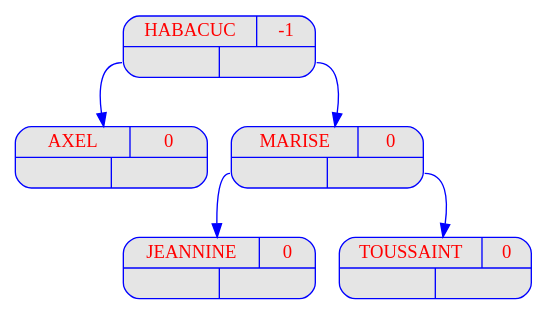
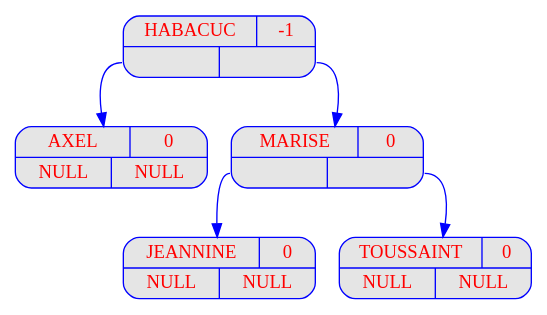
One commit to benech17/AVL-trees changed the diagram in programme1/output/dot/_v04.dot. Above: the diagram before and after it, drawn with Graphviz. The commit also changed 22 other files, not shown here.

```diff
--- a/programme1/output/dot/_v04.dot
+++ b/programme1/output/dot/_v04.dot
@@ -1,53 +1,53 @@
 digraph  {
 	node [
 		fontname  = "Arial bold" 
 		fontsize  = "14"
 		fontcolor = "red"
 		style     = "rounded, filled"
 		shape     = "record"
 		fillcolor = "grey90"
 		color     = "blue"
 		width     = "2"
 	]
 
 	edge [
 		color     = "blue"
 	]
 
-	"HABACUC
-" [label = "{{<c> HABACUC
- | <b> -1} | { <g> | <d>}}"];
-	"HABACUC
-":g -> "AXEL
-";
-	"AXEL
-" [label = "{{<c> AXEL
- | <b> 0} | { <g> | <d>}}"];
-	"AXEL
-" [label = "{{<c> AXEL
- | <b> 0} | { <g> | <d>}}"];
-	"HABACUC
-":d -> "MARISE
-";
-	"MARISE
-" [label = "{{<c> MARISE
- | <b> 0} | { <g> | <d>}}"];
-	"MARISE
-":g -> "JEANNINE
-";
-	"JEANNINE
-" [label = "{{<c> JEANNINE
- | <b> 0} | { <g> | <d>}}"];
-	"JEANNINE
-" [label = "{{<c> JEANNINE
- | <b> 0} | { <g> | <d>}}"];
-	"MARISE
-":d -> "TOUSSAINT
-";
-	"TOUSSAINT
-" [label = "{{<c> TOUSSAINT
- | <b> 0} | { <g> | <d>}}"];
-	"TOUSSAINT
-" [label = "{{<c> TOUSSAINT
- | <b> 0} | { <g> | <d>}}"];
+	HABACUC
+ [label = "{{<c> HABACUC
+ | <b> -1}| { <g> | <d>}}"];
+	HABACUC
+:g -> AXEL
+;
+	AXEL
+ [label = "{{<c> AXEL
+ | <b> 0}| { <g> | <d>}}"];
+	AXEL
+ [label = "{{<c> AXEL
+ | <b> 0}| { <g> NULL | <d> NULL}}"];
+	HABACUC
+:d -> MARISE
+;
+	MARISE
+ [label = "{{<c> MARISE
+ | <b> 0}| { <g> | <d>}}"];
+	MARISE
+:g -> JEANNINE
+;
+	JEANNINE
+ [label = "{{<c> JEANNINE
+ | <b> 0}| { <g> | <d>}}"];
+	JEANNINE
+ [label = "{{<c> JEANNINE
+ | <b> 0}| { <g> NULL | <d> NULL}}"];
+	MARISE
+:d -> TOUSSAINT
+;
+	TOUSSAINT
+ [label = "{{<c> TOUSSAINT
+ | <b> 0}| { <g> | <d>}}"];
+	TOUSSAINT
+ [label = "{{<c> TOUSSAINT
+ | <b> 0}| { <g> NULL | <d> NULL}}"];
 }
```
